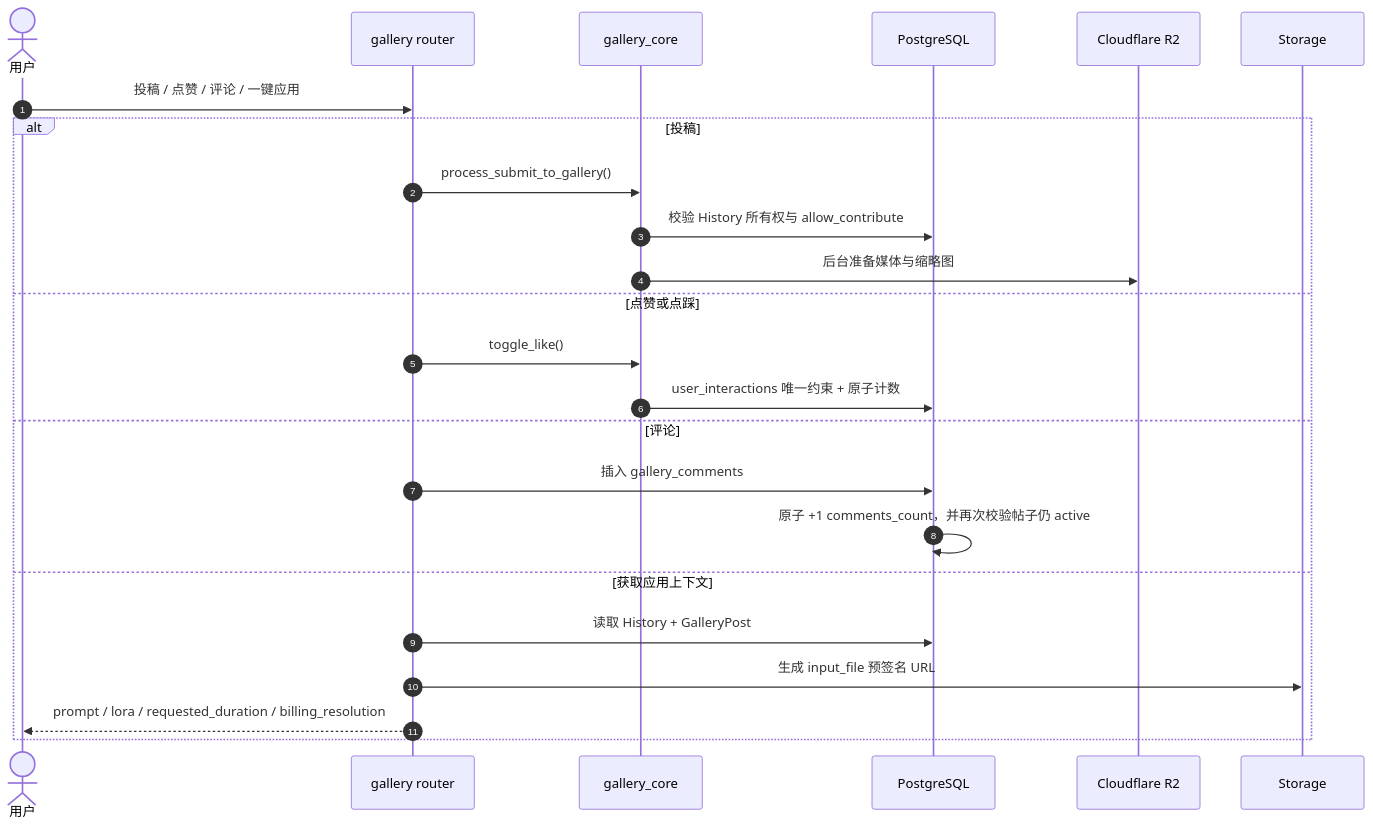
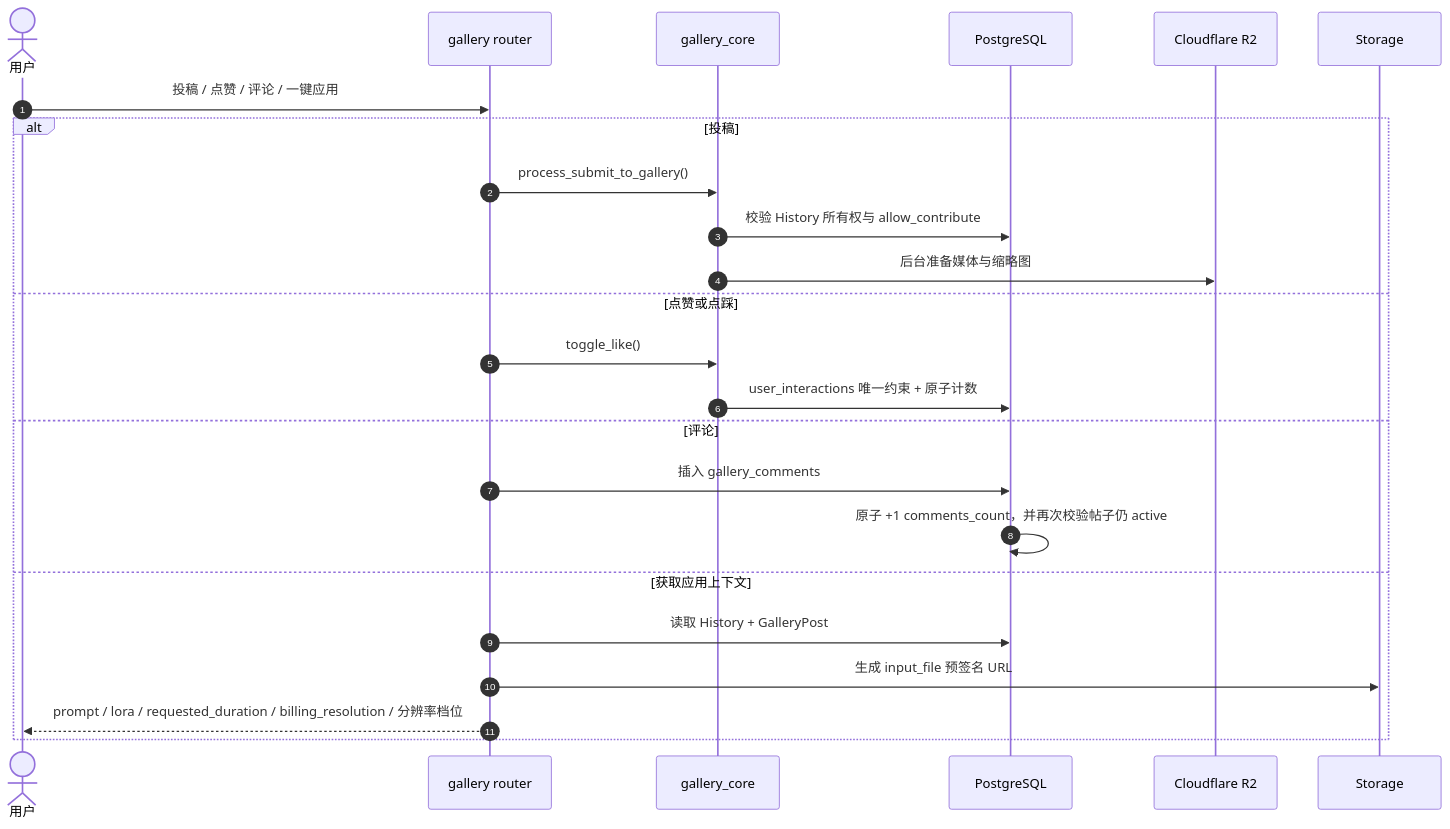
One commit to giraffu/All_bot changed the diagram in docs/子模块_社区与存储_gallery_storage.md. Above: the diagram before and after it, drawn with Mermaid. The commit also changed other lines of this file and 65 other files, not shown here.

Commit message:
老版本的图生视频v2的底层同步

````diff
--- a/docs/子模块_社区与存储_gallery_storage.md
+++ b/docs/子模块_社区与存储_gallery_storage.md
@@ -27,27 +27,27 @@
 ```mermaid
 sequenceDiagram
     autonumber
     actor U as 用户
     participant API as gallery router
     participant Core as gallery_core
     participant PG as PostgreSQL
     participant R2 as Cloudflare R2
     participant S as Storage
 
     U->>API: 投稿 / 点赞 / 评论 / 一键应用
     alt 投稿
         API->>Core: process_submit_to_gallery()
         Core->>PG: 校验 History 所有权与 allow_contribute
         Core->>R2: 后台准备媒体与缩略图
     else 点赞或点踩
         API->>Core: toggle_like()
         Core->>PG: user_interactions 唯一约束 + 原子计数
     else 评论
         API->>PG: 插入 gallery_comments
         PG->>PG: 原子 +1 comments_count，并再次校验帖子仍 active
     else 获取应用上下文
         API->>PG: 读取 History + GalleryPost
         API->>S: 生成 input_file 预签名 URL
-        API-->>U: prompt / lora / requested_duration / billing_resolution
+        API-->>U: prompt / lora / requested_duration / billing_resolution / 分辨率档位
     end
 ```
````
